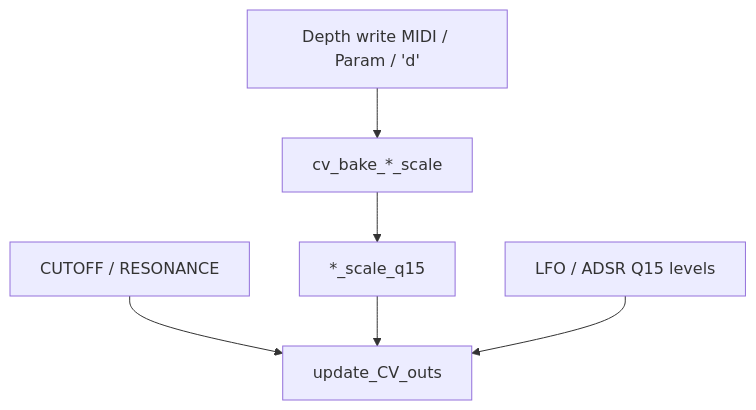
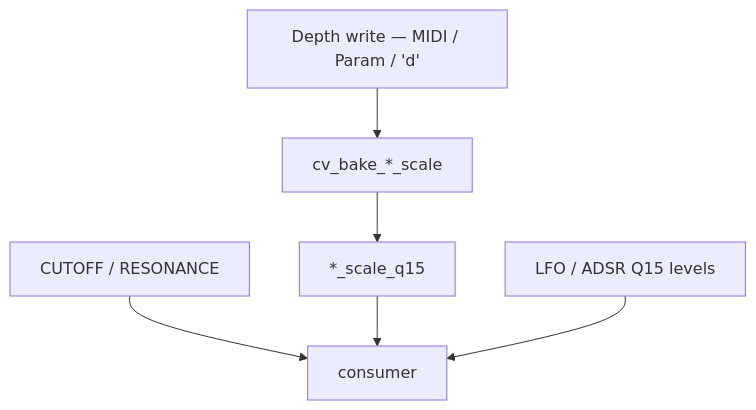
Before and after one commit to felipegaspari/DCO4-REBORN-DCO: the diagram in docs/CV_MOD_SCALES.md, drawn with Mermaid. The commit also changed other lines of this file and 39 other files, not shown here.

````diff
--- a/docs/CV_MOD_SCALES.md
+++ b/docs/CV_MOD_SCALES.md
@@ -142,8 +135,8 @@
 ```mermaid
 flowchart TD
-  depths["Depth write MIDI / Param / 'd'"] --> bake["cv_bake_*_scale"]
+  depths["Depth write — MIDI / Param / 'd'"] --> bake["cv_bake_*_scale"]
   bake --> scales["*_scale_q15"]
-  cut["CUTOFF / RESONANCE"] --> hot["update_CV_outs"]
+  cut["CUTOFF / RESONANCE"] --> hot["consumer"]
   scales --> hot
   src["LFO / ADSR Q15 levels"] --> hot
 ```
````
